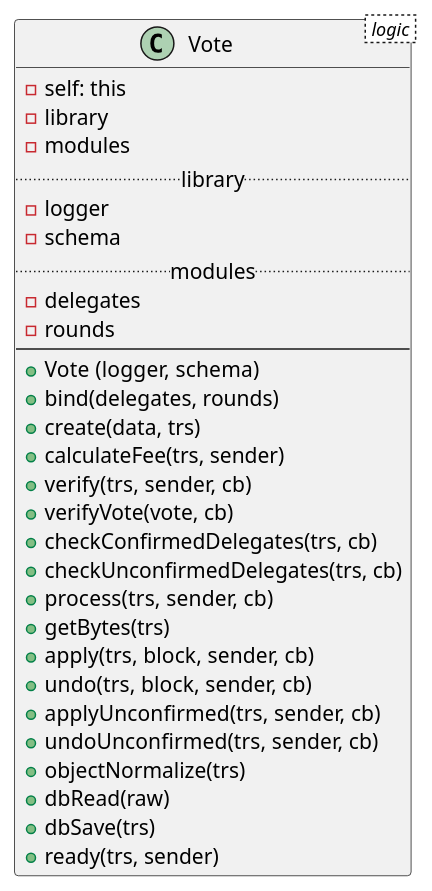
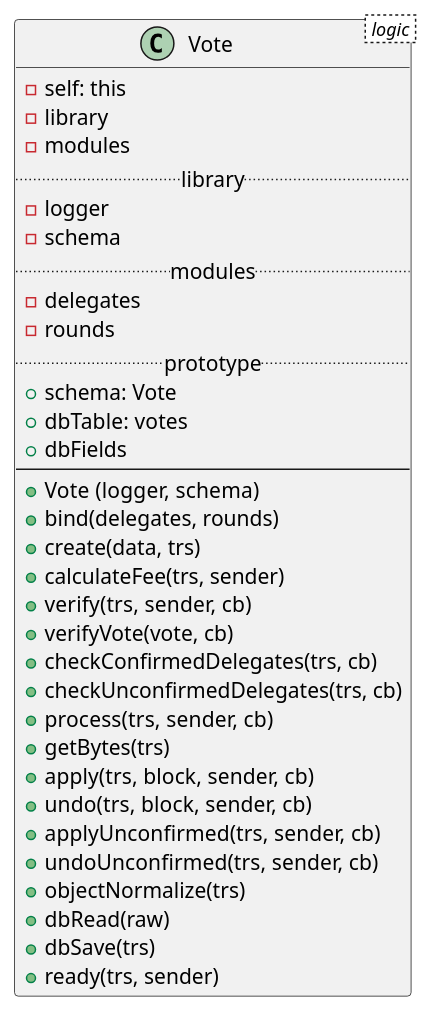
The diagram in class/classes/logic/vote.puml (LucasIsasmendi/lisk-core-plantuml), drawn with PlantUML before and after one commit. The commit also changed 14 other files, not shown here.

```diff
--- a/class/classes/logic/vote.puml
+++ b/class/classes/logic/vote.puml
@@ -1,32 +1,36 @@
 @startuml
 class Vote < logic > {
   - self: this
   - library
   - modules
   .. library ..
   - logger
   - schema
   .. modules ..
   - delegates
   - rounds
+  .. prototype ..
+  + schema: Vote
+  + dbTable: votes
+  + dbFields
   --
   + Vote (logger, schema)
   + bind(delegates, rounds)
   + create(data, trs)
   + calculateFee(trs, sender)
   + verify(trs, sender, cb)
   + verifyVote(vote, cb)
   + checkConfirmedDelegates(trs, cb)
   + checkUnconfirmedDelegates(trs, cb)
   + process(trs, sender, cb)
   + getBytes(trs)
   + apply(trs, block, sender, cb)
   + undo(trs, block, sender, cb)
   + applyUnconfirmed(trs, sender, cb)
   + undoUnconfirmed(trs, sender, cb)
   + objectNormalize(trs)
   + dbRead(raw)
   + dbSave(trs)
   + ready(trs, sender)
 }
 @endtuml
```
